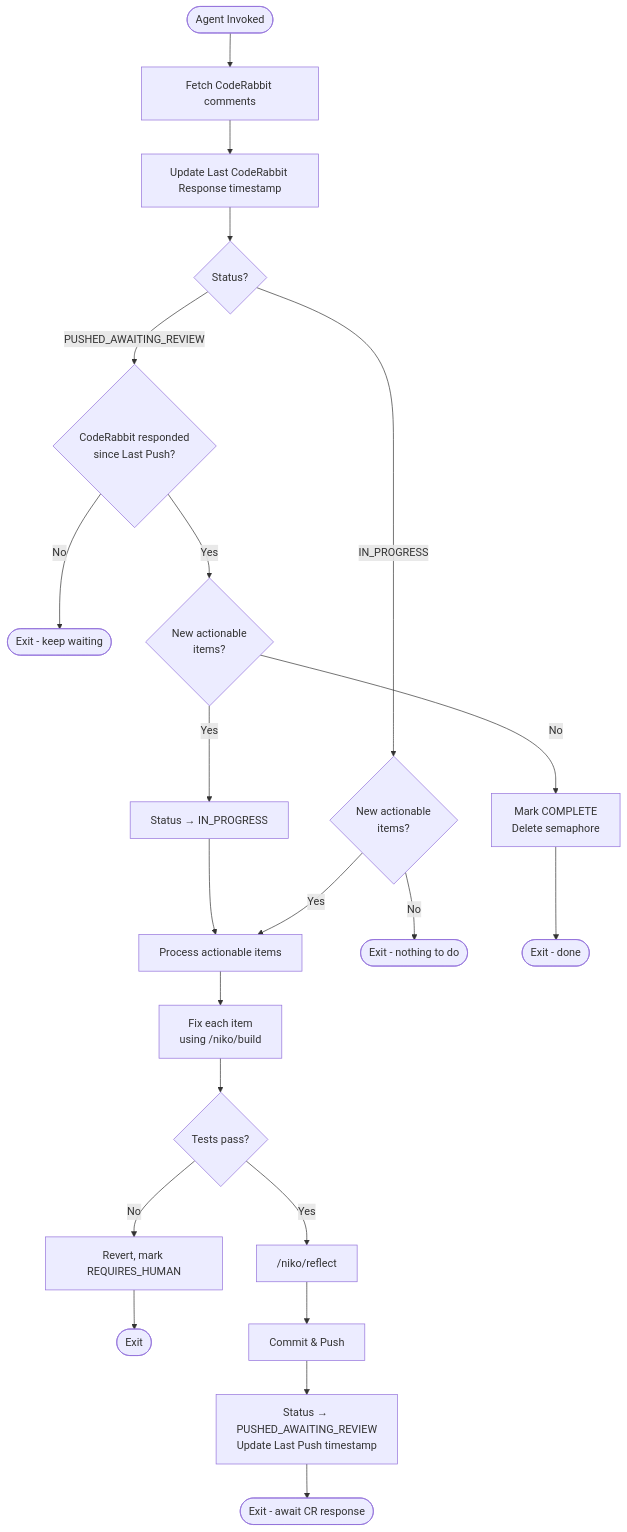
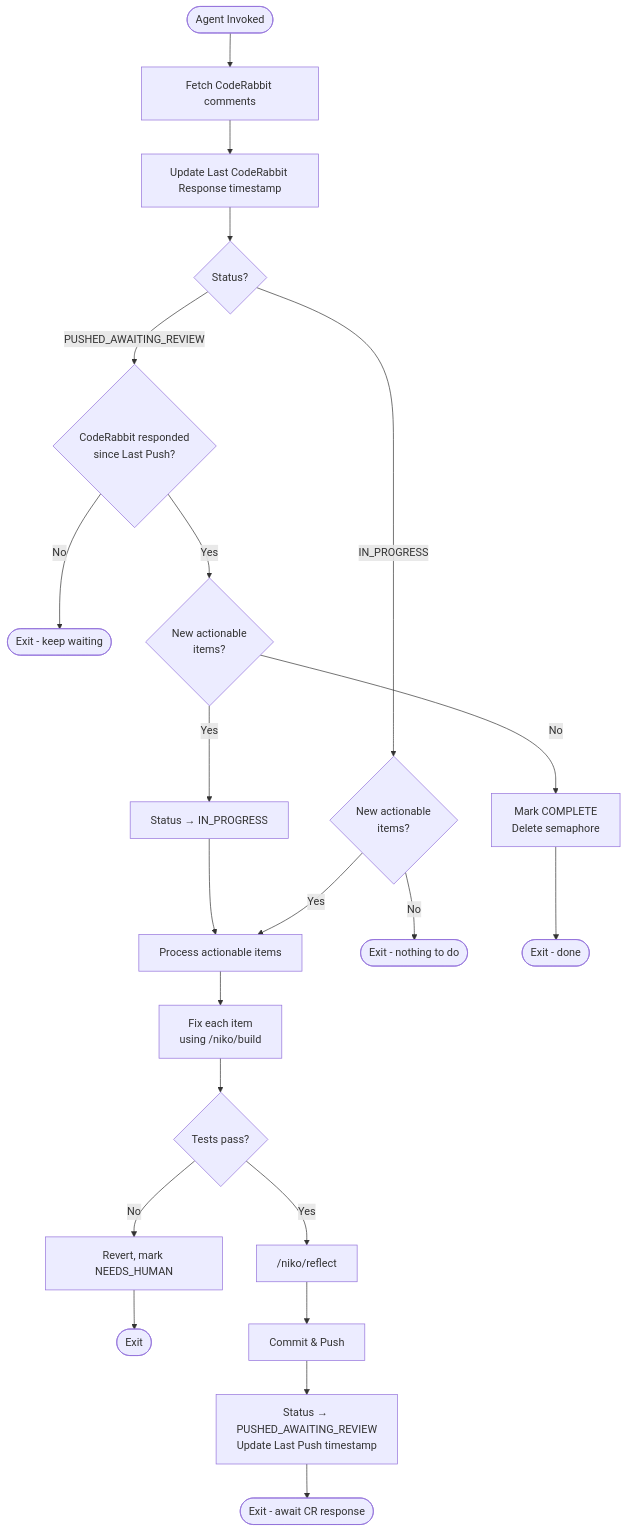
The diagram in .cursor/commands/coderabbit-pr-wiggum.md (Texarkanine/a16n), drawn with Mermaid before and after one commit. The commit also changed other lines of this file and 1 other file, not shown here.

````diff
--- a/.cursor/commands/coderabbit-pr-wiggum.md
+++ b/.cursor/commands/coderabbit-pr-wiggum.md
@@ -17,30 +17,30 @@
 ```mermaid
 flowchart TD
     Start([Agent Invoked]) --> Fetch[Fetch CodeRabbit comments]
     Fetch --> UpdateCR[Update Last CodeRabbit Response timestamp]
     
     UpdateCR --> CheckStatus{Status?}
     
     CheckStatus -->|PUSHED_AWAITING_REVIEW| CheckCR{CodeRabbit responded<br/>since Last Push?}
     CheckCR -->|No| ExitWait([Exit - keep waiting])
     CheckCR -->|Yes| EvalNew{New actionable<br/>items?}
     EvalNew -->|No| Complete[Mark COMPLETE<br/>Delete semaphore]
     EvalNew -->|Yes| SetInProgress[Status → IN_PROGRESS]
     SetInProgress --> Process
     
     CheckStatus -->|IN_PROGRESS| HasNew{New actionable<br/>items?}
     HasNew -->|No| ExitIdle([Exit - nothing to do])
     HasNew -->|Yes| Process
     
     Process[Process actionable items] --> Fix[Fix each item<br/>using /niko/build]
     Fix --> Test{Tests pass?}
-    Test -->|No| Revert[Revert, mark REQUIRES_HUMAN]
+    Test -->|No| Revert[Revert, mark NEEDS_HUMAN]
     Revert --> ExitFail([Exit])
     
     Test -->|Yes| Reflect["/niko/reflect"]
     Reflect --> Commit["Commit & Push"]
     Commit --> SetPushed[Status → PUSHED_AWAITING_REVIEW<br/>Update Last Push timestamp]
     SetPushed --> ExitPushed([Exit - await CR response])
     
     Complete --> ExitDone([Exit - done])
 ```
````
